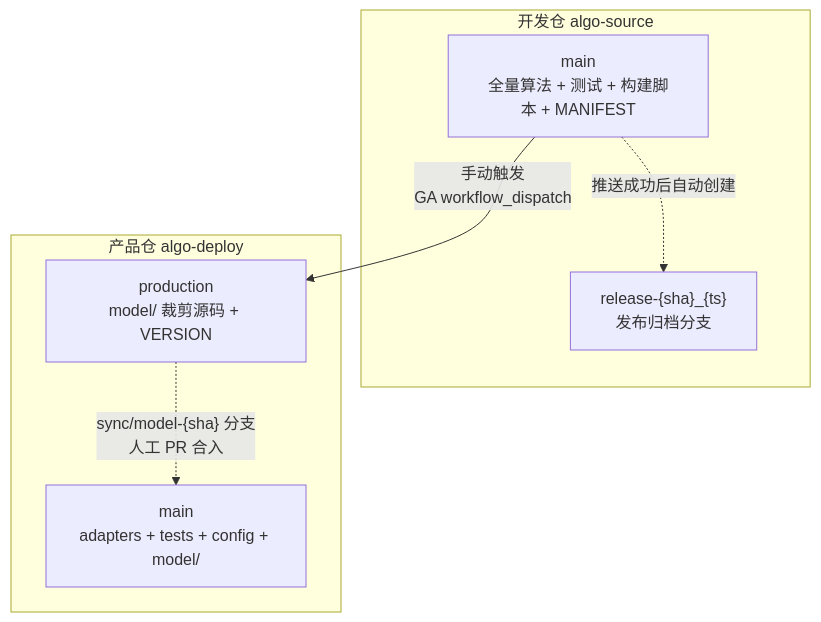
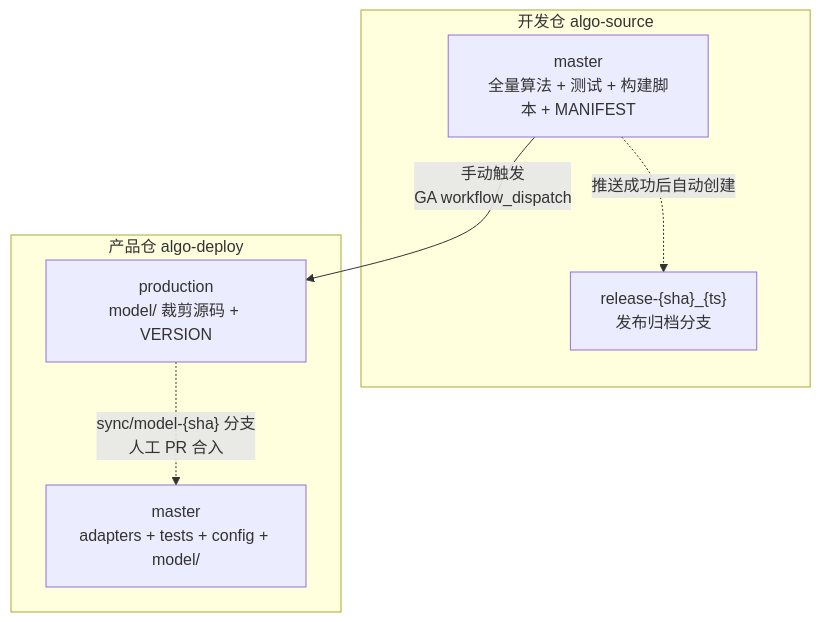
One commit to Xubenbenn/algo-source changed the diagram in docs/repo-management-design.md. Above: the diagram before and after it, drawn with Mermaid. The commit also changed other lines of this file and 1 other file, not shown here.

Commit message:
docs: main → master (分支命名统一)

````diff
--- a/docs/repo-management-design.md
+++ b/docs/repo-management-design.md
@@ -11,16 +11,16 @@
 ```mermaid
 graph TB
     subgraph 开发仓["开发仓 algo-source"]
-        S_main["main<br/>全量算法 + 测试 + 构建脚本 + MANIFEST"]
+        S_master["master<br/>全量算法 + 测试 + 构建脚本 + MANIFEST"]
         S_release["release-{sha}_{ts}<br/>发布归档分支"]
     end
 
     subgraph 产品仓["产品仓 algo-deploy"]
-        D_main["main<br/>adapters + tests + config + model/"]
+        D_master["master<br/>adapters + tests + config + model/"]
         D_prod["production<br/>model/ 裁剪源码 + VERSION"]
     end
 
-    S_main -->|"手动触发<br/>GA workflow_dispatch"| D_prod
-    S_main -.->|"推送成功后自动创建"| S_release
-    D_prod -.->|"sync/model-{sha} 分支<br/>人工 PR 合入"| D_main
+    S_master -->|"手动触发<br/>GA workflow_dispatch"| D_prod
+    S_master -.->|"推送成功后自动创建"| S_release
+    D_prod -.->|"sync/model-{sha} 分支<br/>人工 PR 合入"| D_master
 ```
````
